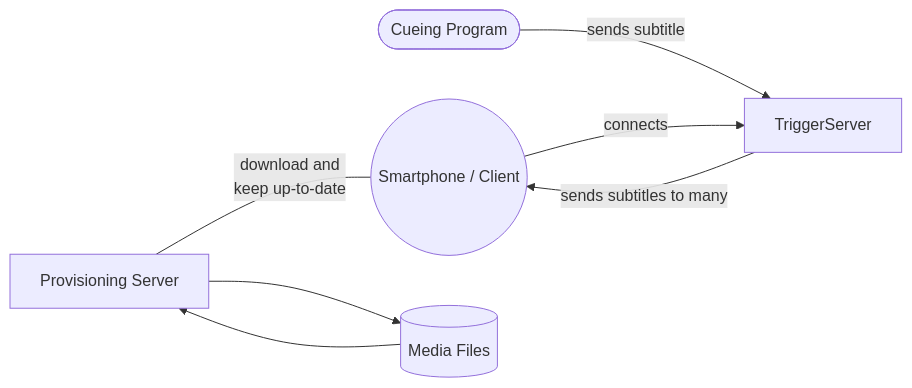
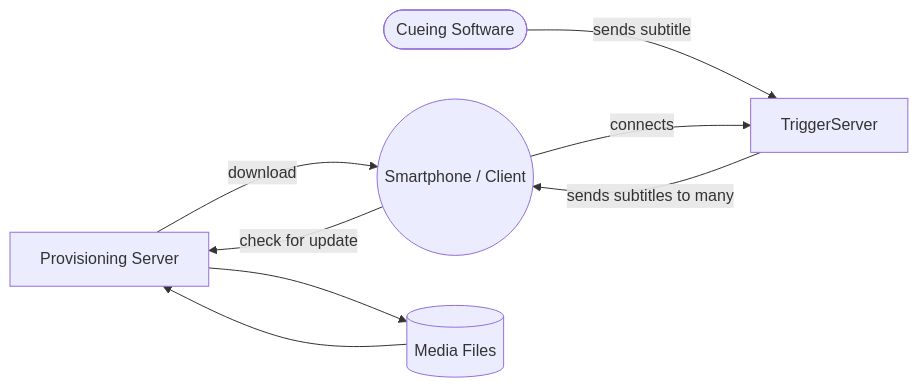
One commit to prototypefund/open-theater-api changed the diagram in README.md. Above: the diagram before and after it, drawn with Mermaid. The commit also changed other lines of this file, not shown here.

Commit message:
changed arrow names in flowchart

````diff
--- a/README.md
+++ b/README.md
@@ -16,15 +20,16 @@
 ```mermaid
 graph LR;
      ProvisioningServer[Provisioning Server<br>]
-     CueingProgram([Cueing Program])
+     CueingProgram([Cueing Software])
      Smartphone((Smartphone / Client))
      FileServer[(Media Files)]
 
     CueingProgram-- sends subtitle -->TriggerServer;
     TriggerServer-- sends subtitles to many-->Smartphone;
     Smartphone-- connects -->TriggerServer;
     ProvisioningServer-->FileServer;
     FileServer-->ProvisioningServer;
-    ProvisioningServer---|download and <br> keep up-to-date|Smartphone;
+    ProvisioningServer--download-->Smartphone;
+    Smartphone--check for update-->ProvisioningServer;
 
 ```
````
